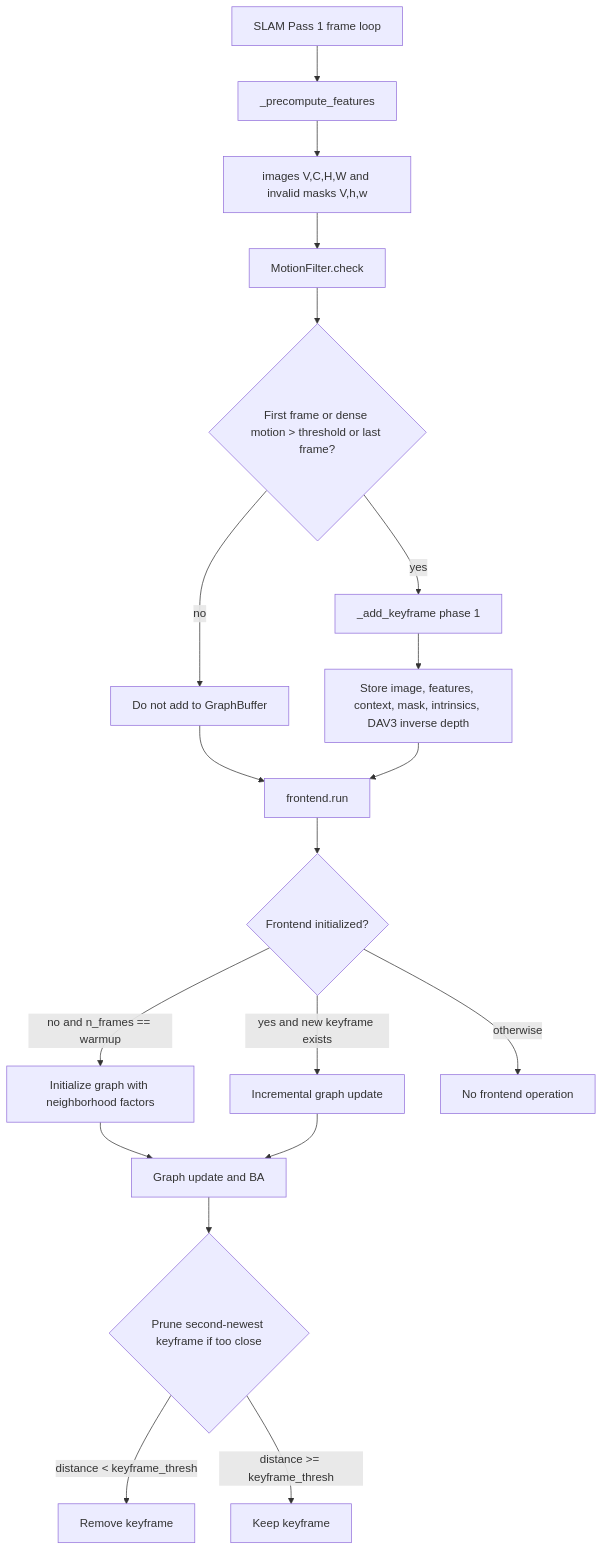
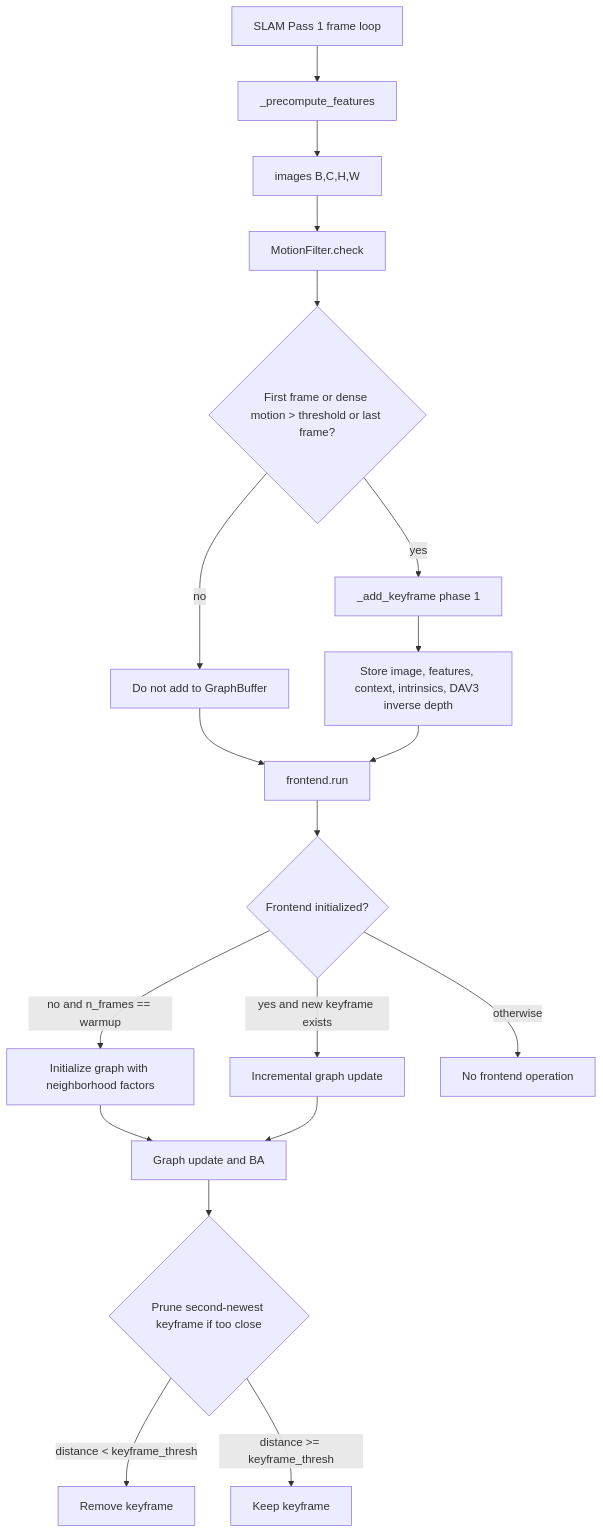
The seventh of 13 diagrams in fullexplain.md (sadanand1120/vipe), drawn with Mermaid before and after one commit. The commit also changed other lines of this file and 85 other files, not shown here.

````diff
--- a/fullexplain.md
+++ b/fullexplain.md
@@ -755,21 +701,21 @@
 ```mermaid
 flowchart TD
     A[SLAM Pass 1 frame loop] --> B[_precompute_features]
-    B --> C[images V,C,H,W and invalid masks V,h,w]
+    B --> C[images B,C,H,W]
     C --> D[MotionFilter.check]
     D --> E{First frame or dense motion > threshold or last frame?}
     E -->|yes| F[_add_keyframe phase 1]
     E -->|no| G[Do not add to GraphBuffer]
-    F --> H[Store image, features, context, mask, intrinsics, DAV3 inverse depth]
+    F --> H[Store image, features, context, intrinsics, DAV3 inverse depth]
     G --> I[frontend.run]
     H --> I
     I --> J{Frontend initialized?}
     J -->|no and n_frames == warmup| K[Initialize graph with neighborhood factors]
     J -->|yes and new keyframe exists| L[Incremental graph update]
     J -->|otherwise| M[No frontend operation]
     K --> N[Graph update and BA]
     L --> N
     N --> O{Prune second-newest keyframe if too close}
     O -->|distance < keyframe_thresh| P[Remove keyframe]
     O -->|distance >= keyframe_thresh| Q[Keep keyframe]
 ```
````
